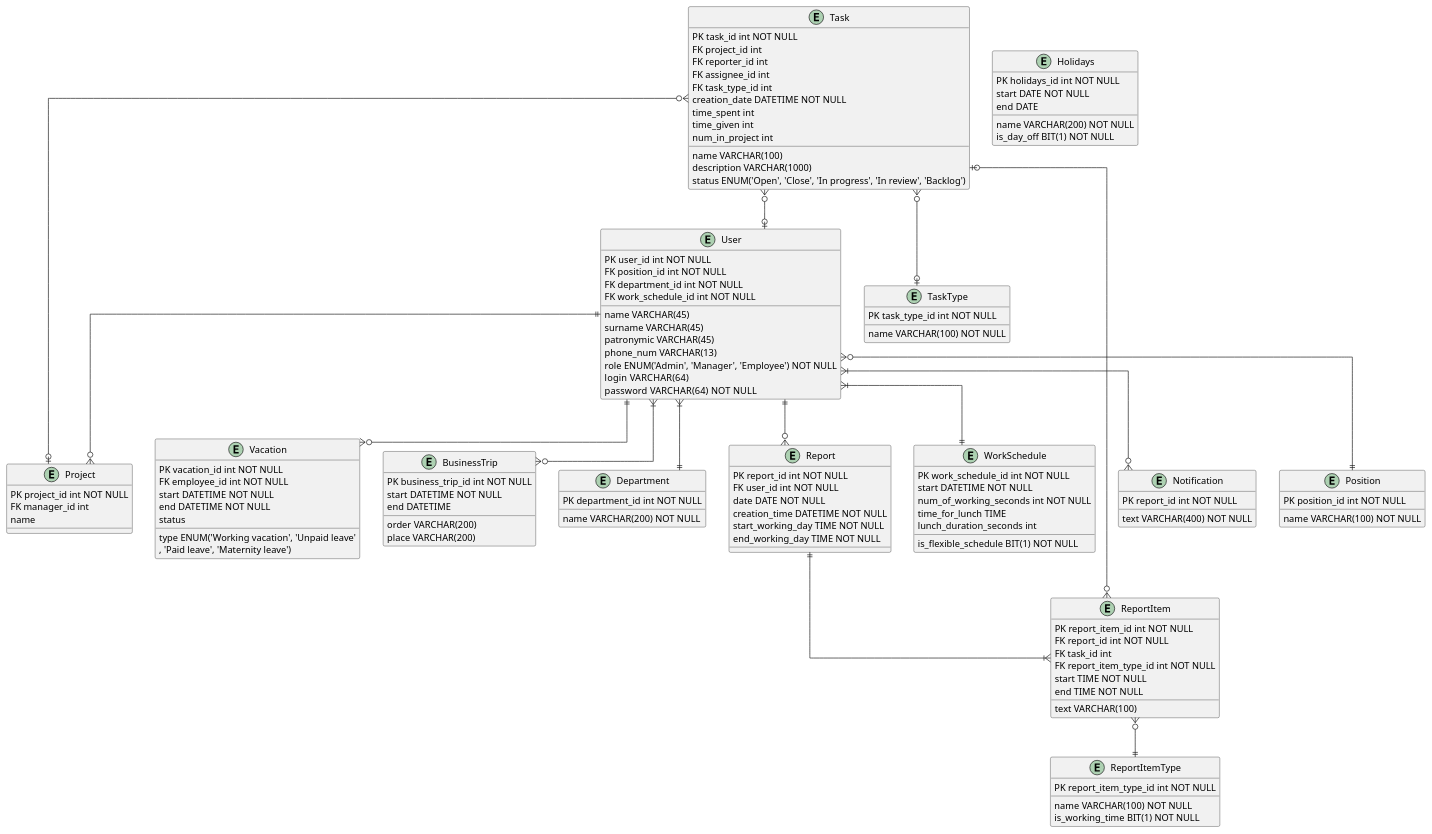
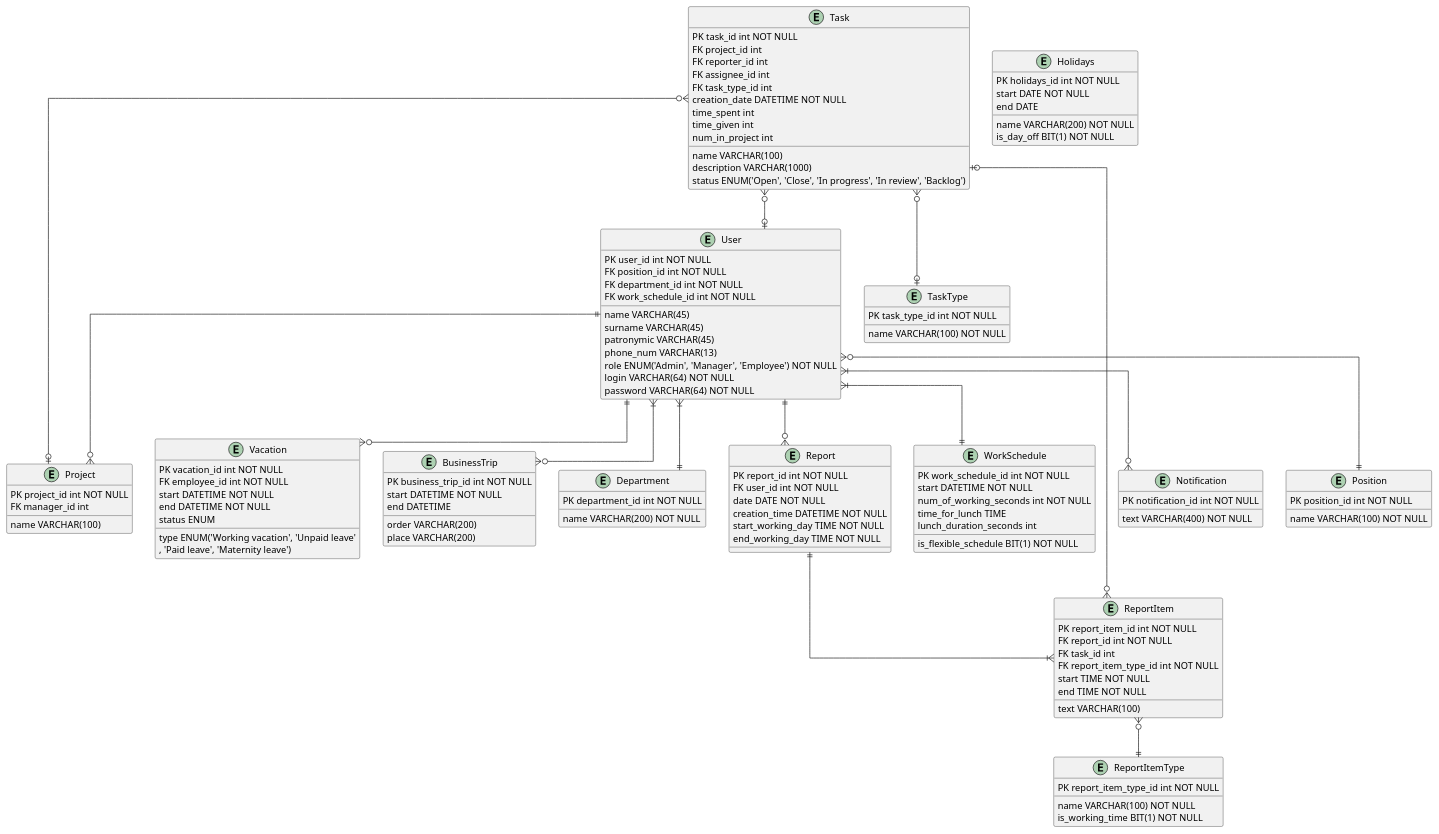
The diagram in lab2/ConceptualModelER.puml (Matvey-Makaro/TRPO), drawn with PlantUML before and after one commit. The commit also changed 3 other files, not shown here.

Commit message:
ERD done.

```diff
--- a/lab2/ConceptualModelER.puml
+++ b/lab2/ConceptualModelER.puml
@@ -1,170 +1,170 @@
 @startuml
 ' hide the spot
 ' hide circle
 
 ' avoid problems with angled crows feet
 skinparam linetype ortho
 
 ' object "Сотрудник" as Employee
 ' object "Руководитель" as Manager
 ' object "Администратор" as Administrator
 ' object "Проект" as Project
 ' object "Задание" as Task
 ' object "Отпуск" as Vacation
 ' object "Командировка" as BusinessTrip
 ' object "Отдел" as Department
 ' object "Отчёт" as Report
 ' object "Тип проекта" as ProjectType
 ' object "Тип задачи" as TaskType
 ' object "Рабочий график" as WorkSchedule
 ' object "Праздники" as Holidays
 ' object "Уведомление" as Notification
 ' object "Должность" as Position
 
 entity User 
 {
     PK user_id int NOT NULL
     FK position_id int NOT NULL
     FK department_id int NOT NULL
     FK work_schedule_id int NOT NULL
     name VARCHAR(45)
     surname VARCHAR(45)
     patronymic VARCHAR(45)
     phone_num VARCHAR(13)
     role ENUM('Admin', 'Manager', 'Employee') NOT NULL
-    login  VARCHAR(64)
-    password  VARCHAR(64) NOT NULL 
+    login VARCHAR(64) NOT NULL
+    password VARCHAR(64) NOT NULL 
 }
 
 entity Project 
 {
     PK project_id int NOT NULL
     FK manager_id int
-    name
+    name VARCHAR(100)
 }
 
 entity Task 
 {
     PK task_id int NOT NULL
     FK project_id int 
     FK reporter_id int
     FK assignee_id int
     FK task_type_id int
     name VARCHAR(100)
     description VARCHAR(1000)
     status ENUM('Open', 'Close', 'In progress', 'In review', 'Backlog')
     creation_date DATETIME NOT NULL
     time_spent int
     time_given int
     num_in_project int 
 }
 
 entity TaskType
 {
     PK task_type_id int NOT NULL
     name VARCHAR(100) NOT NULL
 }
 
 entity Vacation 
 {
     PK vacation_id int NOT NULL
     FK employee_id int NOT NULL
     start DATETIME NOT NULL
     end DATETIME NOT NULL
     type ENUM('Working vacation', 'Unpaid leave'
     , 'Paid leave', 'Maternity leave')
-    status
+    status ENUM
 }
 
 entity BusinessTrip
 {
     PK business_trip_id int NOT NULL
     start DATETIME NOT NULL
     end DATETIME
     order VARCHAR(200)
     place VARCHAR(200)
 }
 
 entity Department
 {
     PK department_id int NOT NULL
     name VARCHAR(200) NOT NULL
 }
 
 entity Report
 {
     PK report_id int NOT NULL
     FK user_id int NOT NULL
     date DATE NOT NULL
     creation_time DATETIME NOT NULL
     start_working_day TIME NOT NULL
     end_working_day TIME NOT NULL
 }
 
 entity ReportItem
 {
     PK report_item_id int NOT NULL
     FK report_id int NOT NULL
     FK task_id int
     FK report_item_type_id int NOT NULL
     start TIME NOT NULL
     end TIME NOT NULL
     text VARCHAR(100)
 }
 
 entity ReportItemType
 {
     PK report_item_type_id int NOT NULL
     name VARCHAR(100) NOT NULL
     is_working_time BIT(1) NOT NULL
 }
 
 entity WorkSchedule
 {
     PK work_schedule_id int NOT NULL
     start DATETIME NOT NULL
     is_flexible_schedule BIT(1) NOT NULL
     num_of_working_seconds int NOT NULL
     time_for_lunch TIME
     lunch_duration_seconds int
 }
 
 entity Holidays
 {
     PK holidays_id int NOT NULL
     start DATE NOT NULL
     end DATE
     name VARCHAR(200) NOT NULL
     is_day_off BIT(1) NOT NULL
 }
 
 entity Notification
 {
-    PK report_id int NOT NULL
+    PK notification_id int NOT NULL
     text VARCHAR(400) NOT NULL
 }
 
 entity Position
 {
     PK position_id int NOT NULL
     name VARCHAR(100) NOT NULL
 }
 
 Task }o--o| Project
 Task }o--o| User
 Task }o--o| TaskType
 Task |o--o{ ReportItem
 
 User ||--o{ Vacation
 User }|--o{ BusinessTrip
 User }|--|| Department
 User }|--o{ Notification
 User }o--|| Position
 User ||--o{ Report
 User }|--|| WorkSchedule
 User ||--o{ Project
 
 Report ||--|{ ReportItem
 ReportItem }o--|| ReportItemType
 
 @enduml
```
